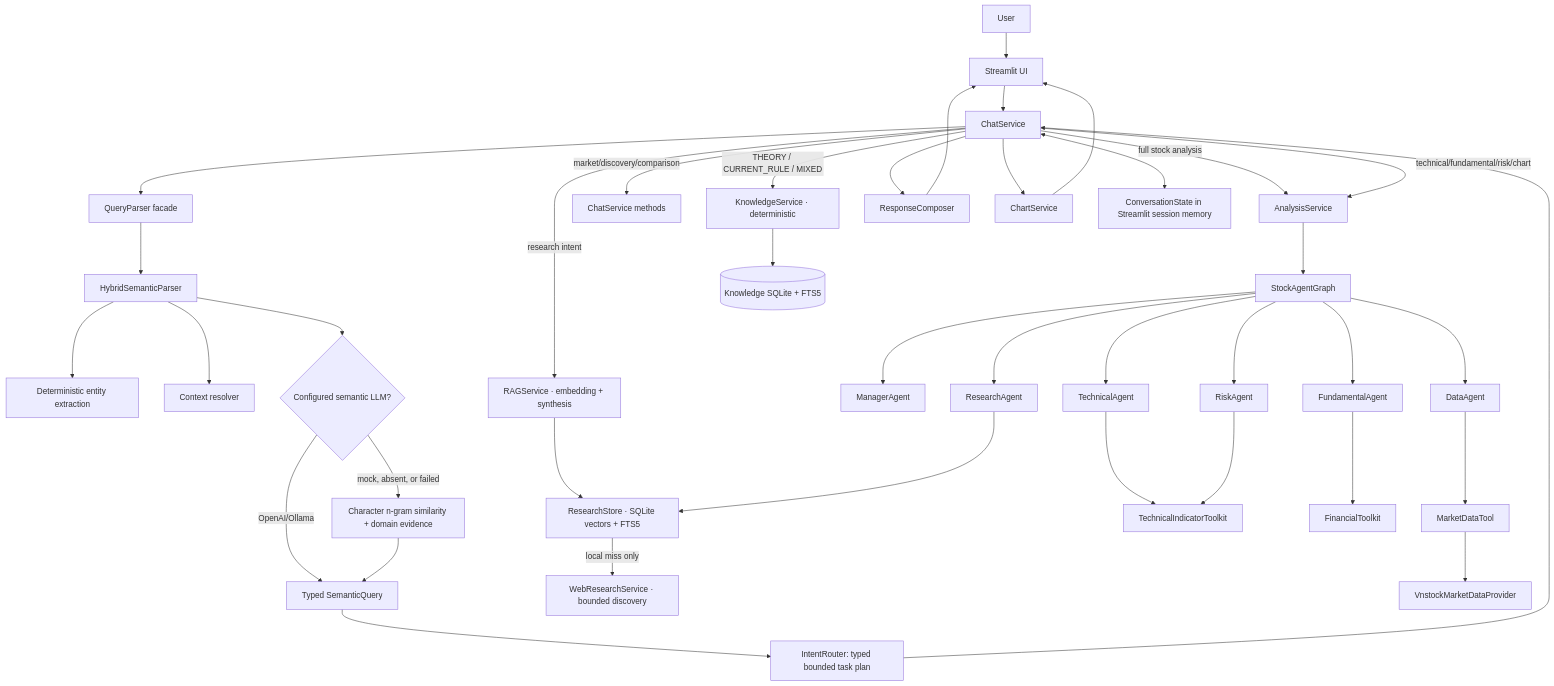
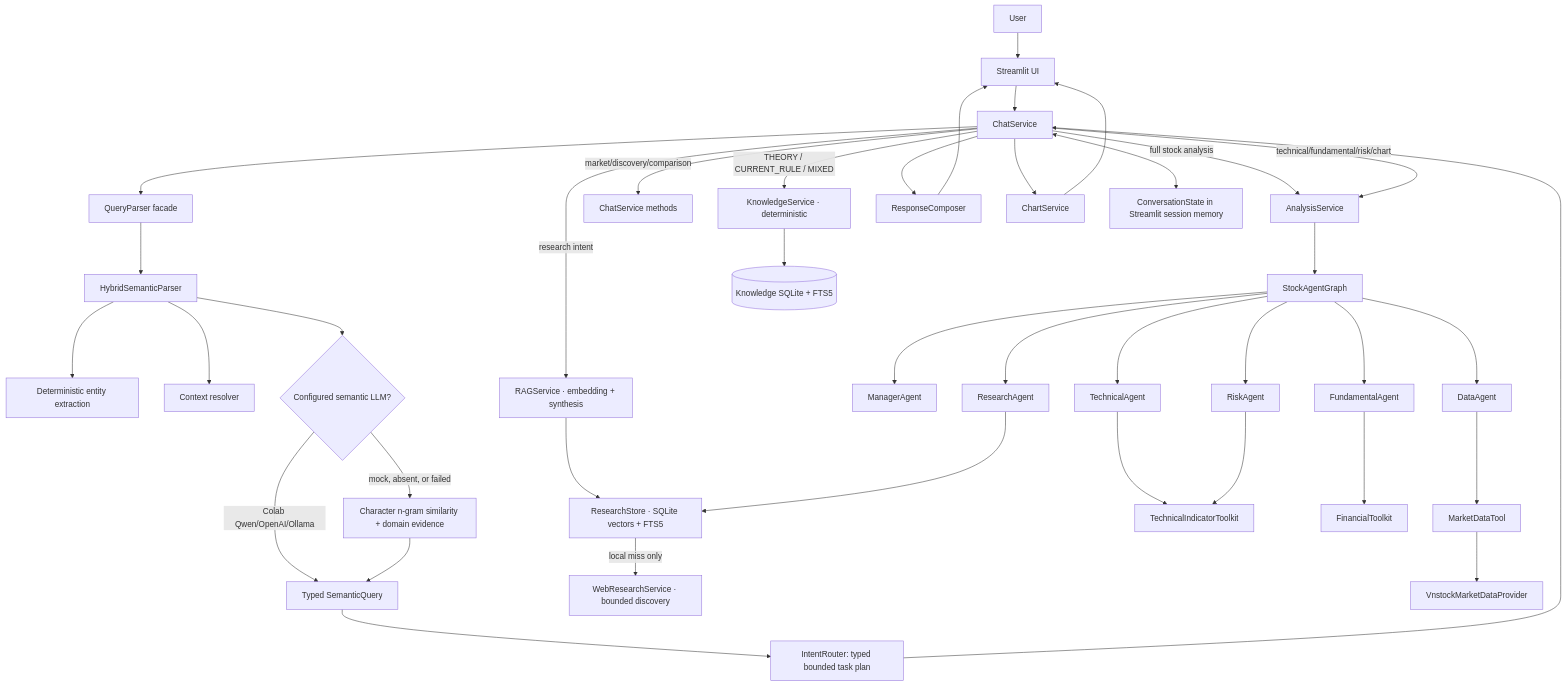
Before and after one commit to Dung1604005/vietnam-stock-research-agent: the first of 2 diagrams in docs/current-architecture.md, drawn with Mermaid. The commit also changed other lines of this file and 48 other files, not shown here.

Commit message:
feat: enhance routing, recommendations, and Colab Qwen integration

````diff
--- a/docs/current-architecture.md
+++ b/docs/current-architecture.md
@@ -33,45 +33,45 @@
 ```mermaid
 flowchart TD
     U[User] --> UI[Streamlit UI]
     UI --> CS[ChatService]
     CS --> QP[QueryParser facade]
     QP --> NLU[HybridSemanticParser]
     NLU --> DE[Deterministic entity extraction]
     NLU --> CR[Context resolver]
     NLU --> SP{Configured semantic LLM?}
-    SP -->|OpenAI/Ollama| SQ[Typed SemanticQuery]
+    SP -->|Colab Qwen/OpenAI/Ollama| SQ[Typed SemanticQuery]
     SP -->|mock, absent, or failed| SS[Character n-gram similarity + domain evidence]
     SS --> SQ
     SQ --> IR[IntentRouter: typed bounded task plan]
     IR --> CS
 
     CS -->|full stock analysis| AS[AnalysisService]
     AS --> LG[StockAgentGraph]
     CS -->|technical/fundamental/risk/chart| AS
     CS -->|market/discovery/comparison| LOCAL[ChatService methods]
     CS -->|research intent| RAG[RAGService · embedding + synthesis]
     RAG --> RS[ResearchStore · SQLite vectors + FTS5]
     RS -->|local miss only| WR[WebResearchService · bounded discovery]
     CS -->|THEORY / CURRENT_RULE / MIXED| KS[KnowledgeService · deterministic]
     KS --> KB[(Knowledge SQLite + FTS5)]
 
     LG --> M[ManagerAgent]
     LG --> D[DataAgent]
     LG --> RA[ResearchAgent]
     LG --> T[TechnicalAgent]
     LG --> F[FundamentalAgent]
     LG --> R[RiskAgent]
 
     D --> MDT[MarketDataTool]
     MDT --> VP[VnstockMarketDataProvider]
     T --> TIT[TechnicalIndicatorToolkit]
     F --> FT[FinancialToolkit]
     R --> TIT
     RA --> RS
 
     CS --> RC[ResponseComposer]
     CS --> CH[ChartService]
     RC --> UI
     CH --> UI
     CS <--> MEM[ConversationState in Streamlit session memory]
 ```
````
